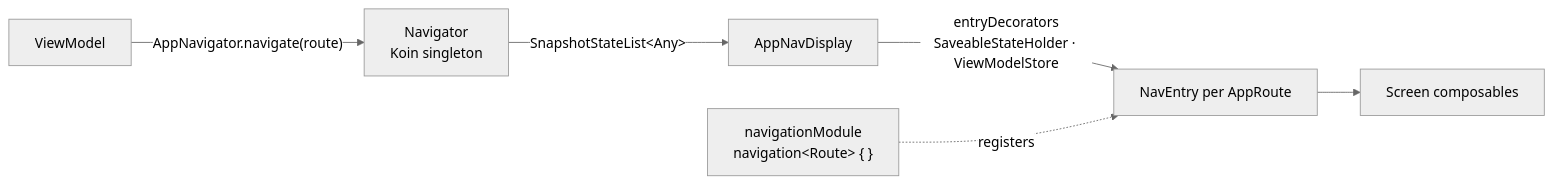
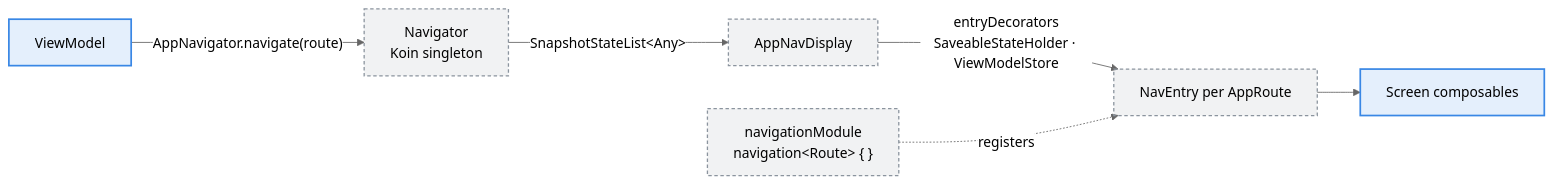
The second of 7 diagrams in docs/architecture.md (chrisjc29/PokeDexMulti), drawn with Mermaid (neutral theme) before and after one commit. The commit also changed other lines of this file and 1 other file, not shown here.

First line of the commit message:
Colour-code the architecture diagrams

````diff
--- a/docs/architecture.md
+++ b/docs/architecture.md
@@ -44,8 +63,13 @@
 ```mermaid
 flowchart LR
     VM["ViewModel"] -->|"AppNavigator.navigate(route)"| NAVI["Navigator<br/>Koin singleton"]
     NAVI -->|"SnapshotStateList&lt;Any&gt;"| DISPLAY["AppNavDisplay"]
     DISPLAY -->|"entryDecorators<br/>SaveableStateHolder · ViewModelStore"| ENTRY["NavEntry per AppRoute"]
     ENTRY --> SCREENS["Screen composables"]
     NAVMOD["navigationModule<br/>navigation&lt;Route&gt; { }"] -. "registers" .-> ENTRY
+
+    classDef pres fill:#3987e522,stroke:#3987e5,stroke-width:2px
+    classDef infra fill:#8b949e1f,stroke:#8b949e,stroke-width:1.5px,stroke-dasharray:4 3
+    class VM,SCREENS pres
+    class NAVI,DISPLAY,ENTRY,NAVMOD infra
 ```
````
